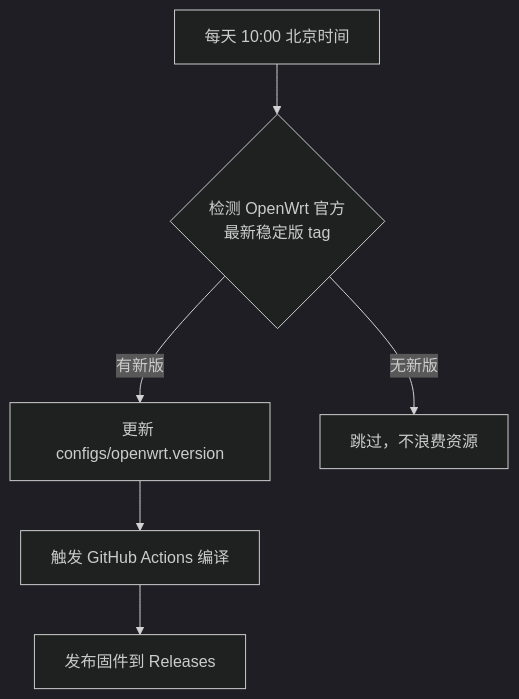
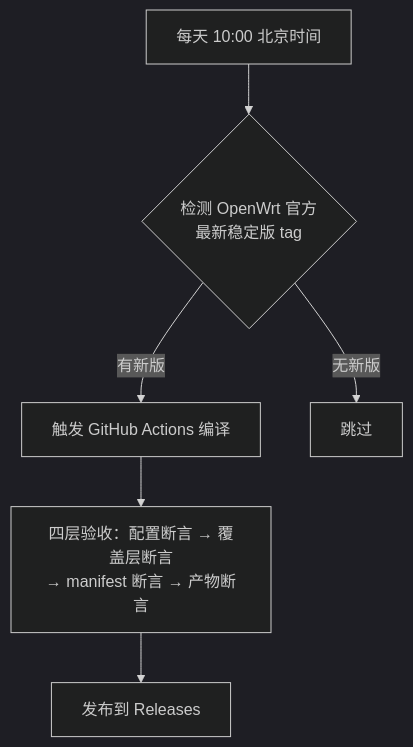
The diagram in README.md (zhuyihua12/openwrt-x86-official), drawn with Mermaid (dark theme) before and after one commit. The commit also changed other lines of this file, not shown here.

````diff
--- a/README.md
+++ b/README.md
@@ -166,8 +140,8 @@
 ```mermaid
 flowchart TD
     A[每天 10:00 北京时间] --> B{检测 OpenWrt 官方<br>最新稳定版 tag}
-    B -->|有新版| C[更新 configs/openwrt.version]
-    C --> D[触发 GitHub Actions 编译]
-    D --> E[发布固件到 Releases]
-    B -->|无新版| F[跳过，不浪费资源]
+    B -->|有新版| C[触发 GitHub Actions 编译]
+    C --> D[四层验收：配置断言 → 覆盖层断言<br>→ manifest 断言 → 产物断言]
+    D --> E[发布到 Releases]
+    B -->|无新版| F[跳过]
 ```
````
